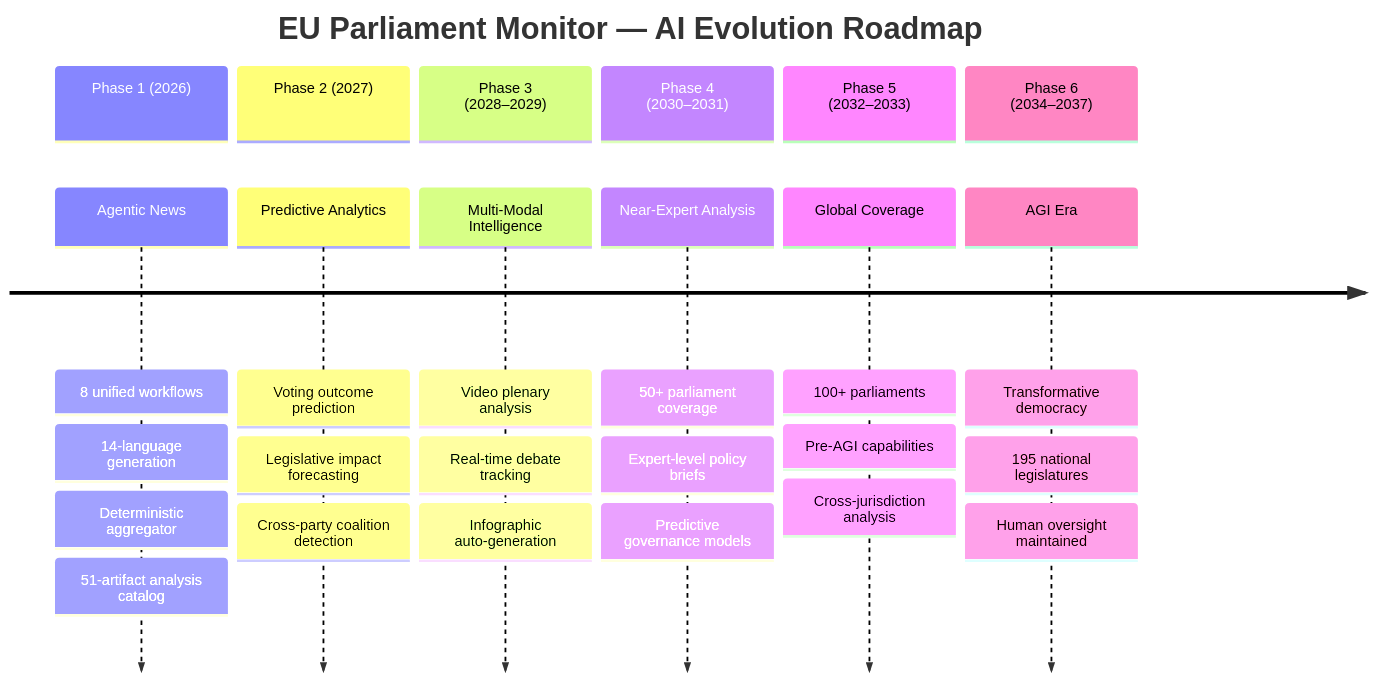
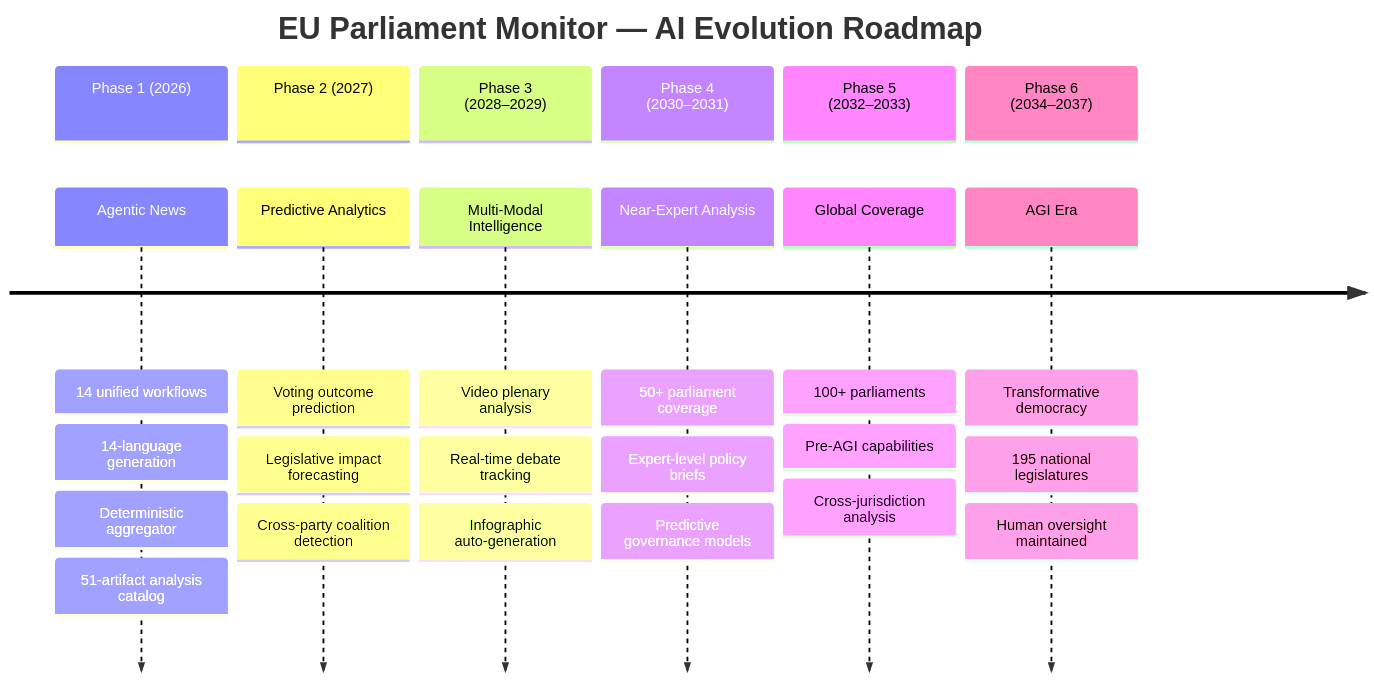
The second of 2 diagrams in README.md (Hack23/euparliamentmonitor), drawn with Mermaid before and after one commit. The commit also changed other lines of this file and 867 other files, not shown here.

````diff
--- a/README.md
+++ b/README.md
@@ -559,29 +565,29 @@
 ```mermaid
 timeline
     title EU Parliament Monitor — AI Evolution Roadmap
     section Phase 1 (2026)
-        Agentic News : 8 unified workflows
+        Agentic News : 14 unified workflows
                      : 14-language generation
                      : Deterministic aggregator
                      : 51-artifact analysis catalog
     section Phase 2 (2027)
         Predictive Analytics : Voting outcome prediction
                              : Legislative impact forecasting
                              : Cross-party coalition detection
     section Phase 3 (2028–2029)
         Multi-Modal Intelligence : Video plenary analysis
                                  : Real-time debate tracking
                                  : Infographic auto-generation
     section Phase 4 (2030–2031)
         Near-Expert Analysis : 50+ parliament coverage
                              : Expert-level policy briefs
                              : Predictive governance models
     section Phase 5 (2032–2033)
         Global Coverage : 100+ parliaments
                         : Pre-AGI capabilities
                         : Cross-jurisdiction analysis
     section Phase 6 (2034–2037)
         AGI Era : Transformative democracy
                : 195 national legislatures
                : Human oversight maintained
 ```
````
